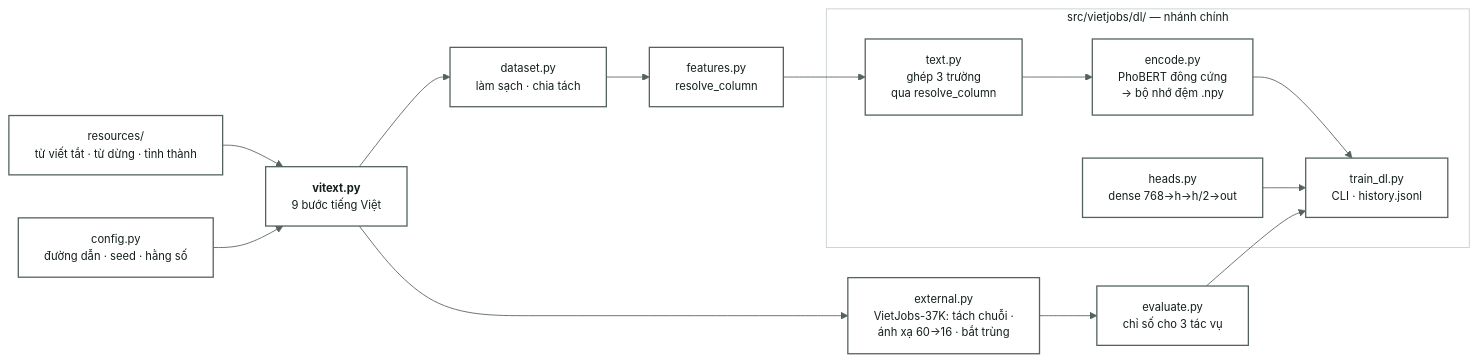
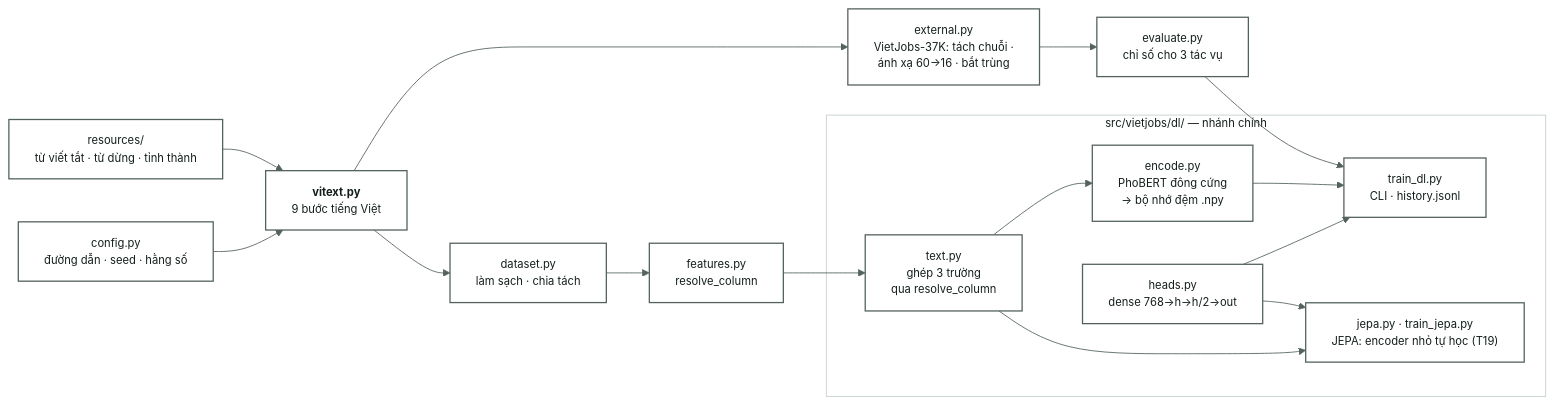
One commit to boy2407/vietjobs changed the diagram in docs/08-ma-nguon.md. Above: the diagram before and after it, drawn with Mermaid. The commit also changed other lines of this file, not shown here.

Commit message:
docs(08): add jepa.py and train_jepa.py, re-measure module, line and test counts

````diff
--- a/docs/08-ma-nguon.md
+++ b/docs/08-ma-nguon.md
@@ -12,32 +12,35 @@
 ```mermaid
 %%{init:{'theme':'base','themeVariables':{
   'primaryColor':'#EFF3F1','primaryTextColor':'#141F1D','primaryBorderColor':'#54625E',
   'lineColor':'#54625E','fontSize':'13px','fontFamily':'Be Vietnam Pro, Segoe UI, sans-serif',
   'clusterBkg':'#FFFFFF','clusterBorder':'#C3CFCB','edgeLabelBackground':'#FFFFFF',
   'secondaryColor':'#FFFFFF','tertiaryColor':'#FFFFFF','mainBkg':'#FFFFFF',
   'nodeTextColor':'#141F1D','titleColor':'#141F1D'}}}%%
 flowchart LR
     classDef default fill:#FFFFFF,stroke:#54625E,stroke-width:1.5px,color:#141F1D
     CFG["config.py<br/>đường dẫn · seed · hằng số"]
     VT["<b>vitext.py</b><br/>9 bước tiếng Việt"]
     DS["dataset.py<br/>làm sạch · chia tách"]
     FT["features.py<br/>resolve_column"]
     EV["evaluate.py<br/>chỉ số cho 3 tác vụ"]
     RES["resources/<br/>từ viết tắt · từ dừng · tỉnh thành"]
     subgraph DL["src/vietjobs/dl/ — nhánh chính"]
       TX["text.py<br/>ghép 3 trường<br/>qua resolve_column"]
       EN["encode.py<br/>PhoBERT đông cứng<br/>→ bộ nhớ đệm .npy"]
       HD["heads.py<br/>dense 768→h→h/2→out"]
       TD["train_dl.py<br/>CLI · history.jsonl"]
+      JP["jepa.py · train_jepa.py<br/>JEPA: encoder nhỏ tự học (T19)"]
     end
     EX["external.py<br/>VietJobs-37K: tách chuỗi ·<br/>ánh xạ 60→16 · bắt trùng"]
 
     RES --> VT
     VT --> EX
     EX --> EV
     CFG --> VT
     VT --> DS --> FT
     FT --> TX --> EN --> TD
     HD --> TD
     EV --> TD
+    TX --> JP
+    HD --> JP
 ```
````
